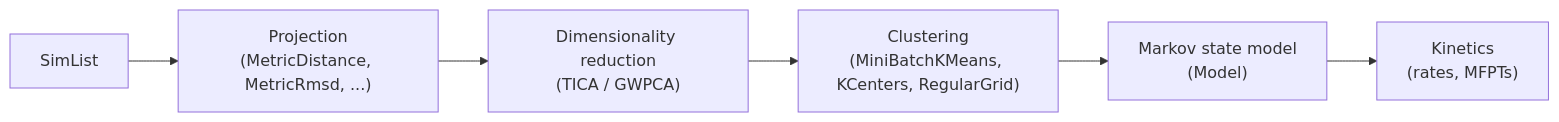
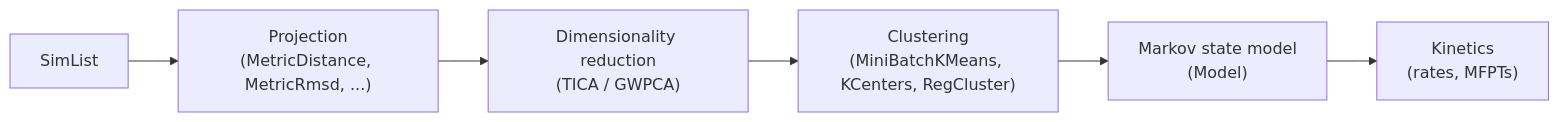
One commit to Acellera/htmd changed the diagram in doc/source/explanation/msm-workflow.md. Above: the diagram before and after it, drawn with Mermaid. The commit also changed 11 other files, not shown here.

````diff
--- a/doc/source/explanation/msm-workflow.md
+++ b/doc/source/explanation/msm-workflow.md
@@ -5,8 +5,8 @@
 ```{mermaid}
 flowchart LR
     A[SimList] --> B["Projection<br/>(MetricDistance, MetricRmsd, ...)"]
     B --> C["Dimensionality reduction<br/>(TICA / GWPCA)"]
-    C --> D["Clustering<br/>(MiniBatchKMeans, KCenters, RegularGrid)"]
+    C --> D["Clustering<br/>(MiniBatchKMeans, KCenters, RegCluster)"]
     D --> E["Markov state model<br/>(Model)"]
     E --> F["Kinetics<br/>(rates, MFPTs)"]
 ```
````
